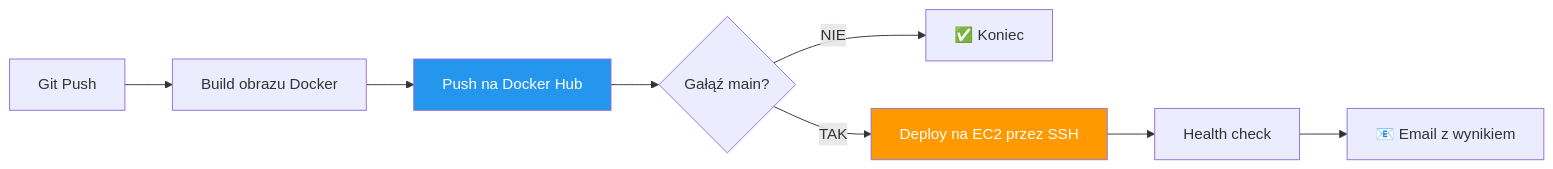
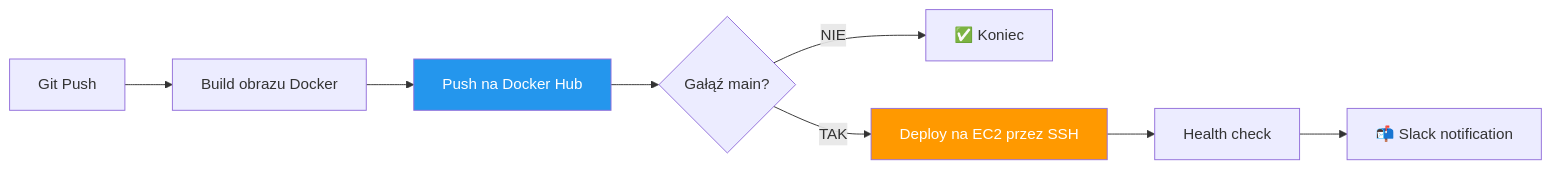
The second of 2 diagrams in README.md (DevOps-FilipM/final-devops-project), drawn with Mermaid before and after one commit. The commit also changed other lines of this file, not shown here.

Commit message:
README updated after switch from gmail to Slack notifications

````diff
--- a/README.md
+++ b/README.md
@@ -161,13 +162,13 @@
 ```mermaid
 graph LR
     A[Git Push] --> B[Build obrazu Docker]
     B --> C[Push na Docker Hub]
     C --> D{Gałąź main?}
     D -->|NIE| E[✅ Koniec]
     D -->|TAK| F[Deploy na EC2 przez SSH]
     F --> G[Health check]
-    G --> H[📧 Email z wynikiem]
+    G --> H[📬 Slack notification]
 
     style C fill:#2496ED,color:#fff
     style F fill:#FF9900,color:#fff
 ```
````
